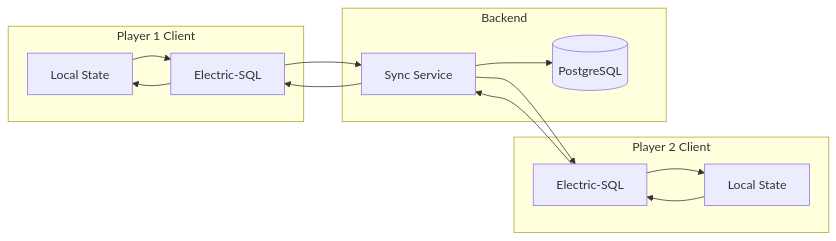
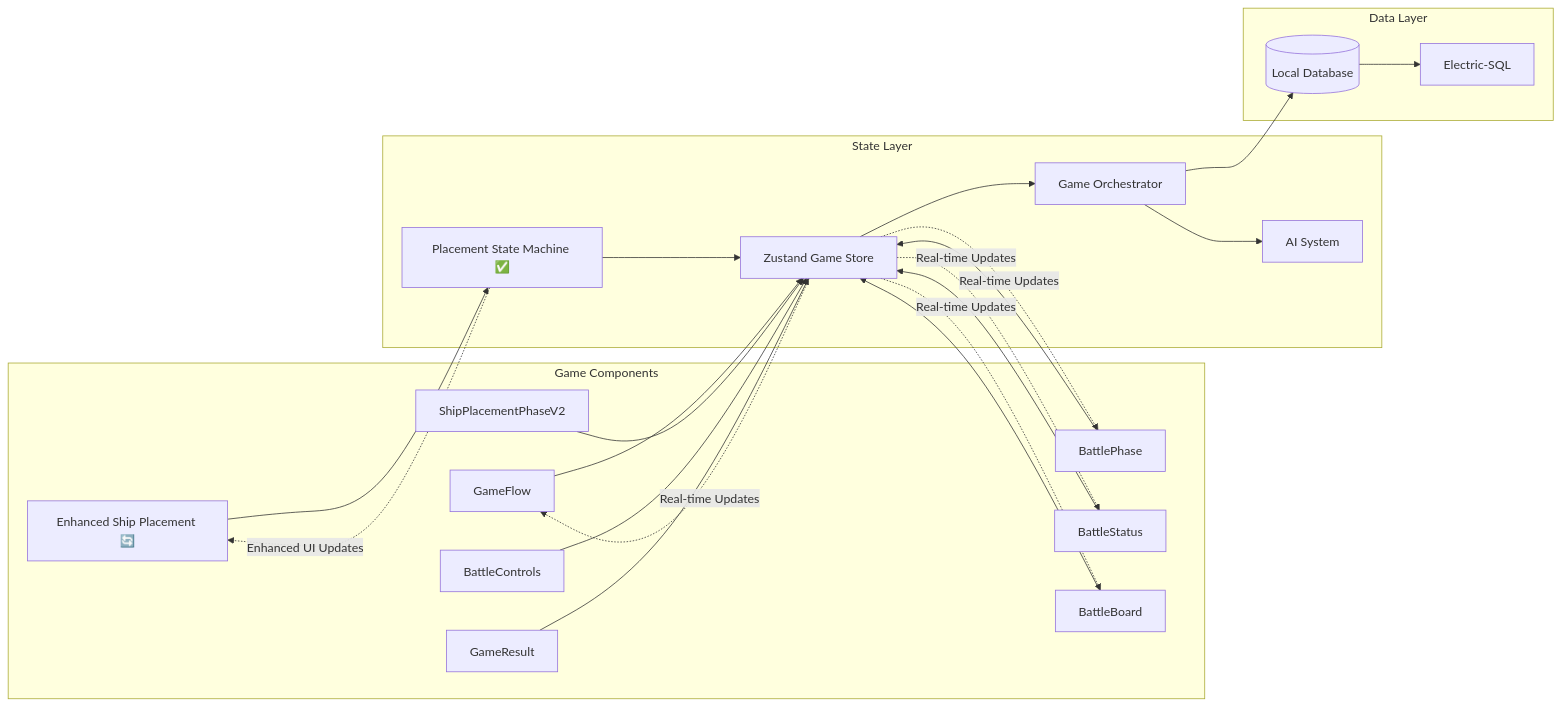
Before and after one commit to artsmc/ai-battle-ship: the fourth of 4 diagrams in cline-docs/systemArchitecture.md, drawn with Mermaid. The commit also changed other lines of this file and 144 other files, not shown here.

````diff
--- a/cline-docs/systemArchitecture.md
+++ b/cline-docs/systemArchitecture.md
@@ -181,28 +345,46 @@
 ```mermaid
 graph LR
-    subgraph "Player 1 Client"
-        P1State[Local State]
-        P1Electric[Electric-SQL]
+    subgraph "Game Components"
+        GF[GameFlow]
+        SP[ShipPlacementPhaseV2]
+        ESP[Enhanced Ship Placement 🔄]
+        BP[BattlePhase]
+        BS[BattleStatus]
+        BC[BattleControls]
+        BB[BattleBoard]
+        GR[GameResult]
     end
     
-    subgraph "Player 2 Client"
-        P2State[Local State]
-        P2Electric[Electric-SQL]
+    subgraph "State Layer"
+        GS[Zustand Game Store]
+        PSM[Placement State Machine ✅]
+        GO[Game Orchestrator]
+        AI[AI System]
     end
     
-    subgraph "Backend"
-        PostgreSQL[(PostgreSQL)]
-        SyncService[Sync Service]
+    subgraph "Data Layer"
+        DB[(Local Database)]
+        ES[Electric-SQL]
     end
     
-    P1State --> P1Electric
-    P1Electric --> SyncService
-    SyncService --> PostgreSQL
-    SyncService --> P2Electric
-    P2Electric --> P2State
+    GF --> GS
+    SP --> GS
+    ESP --> PSM
+    PSM --> GS
+    BP --> GS
+    BS --> GS
+    BC --> GS
+    BB --> GS
+    GR --> GS
     
-    P2State --> P2Electric
-    P2Electric --> SyncService
-    SyncService --> P1Electric
-    P1Electric --> P1State
+    GS --> GO
+    GO --> AI
+    GO --> DB
+    DB --> ES
+    
+    GS -.->|Real-time Updates| GF
+    GS -.->|Real-time Updates| BP
+    GS -.->|Real-time Updates| BS
+    GS -.->|Real-time Updates| BB
+    PSM -.->|Enhanced UI Updates| ESP
 ```
````
